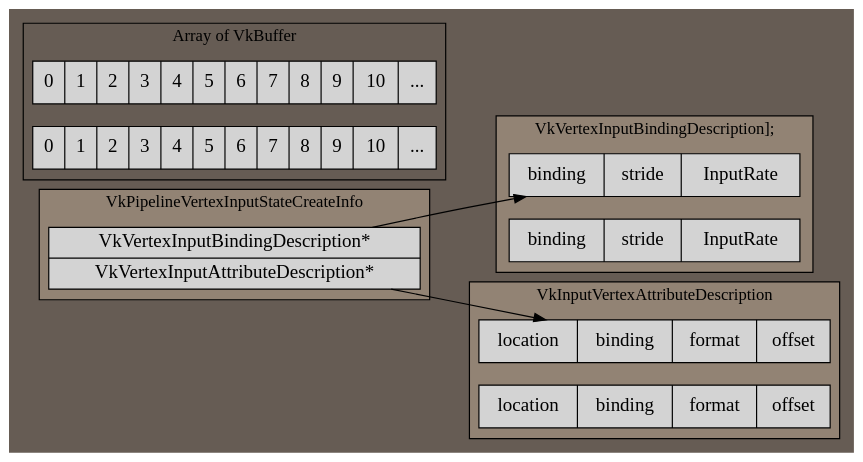
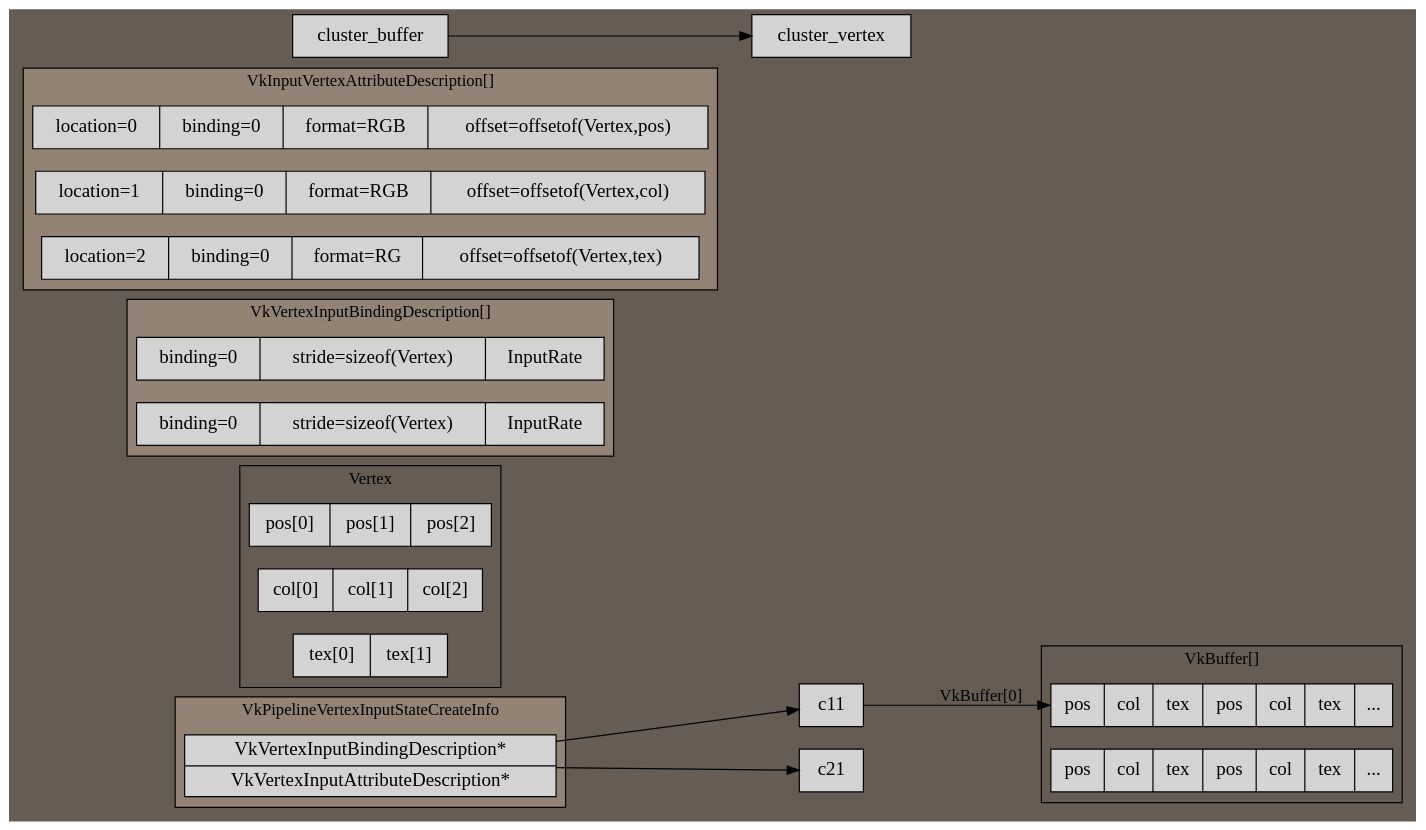
Before and after one commit to yslib/mynotes: the seventh of 7 diagrams in graphics/vulkan/Overview.md, drawn with Graphviz. The commit also changed other lines of this file and 2 other files, not shown here.

````diff
--- a/graphics/vulkan/Overview.md
+++ b/graphics/vulkan/Overview.md
@@ -328,50 +329,64 @@
 ```dot
 digraph g {
-
-rankdir = "LR"
+rankdir=LR
 graph [
-rankdir = "LR"
 bgcolor="#665c54"
 style="filled"
 ];
 node [
+shape="record"
 fontsize = "16"
 style="filled"
 gradientangle=90
 ];
 edge [
 ];
 subgraph cluster0
 {
 label="VkPipelineVertexInputStateCreateInfo"
 bgcolor="#928374"
-"node2" [label=" VkVertexInputBindingDescription* | VkVertexInputAttributeDescription* " shape= "record"];
+"node2" [label= "VkVertexInputBindingDescription* | VkVertexInputAttributeDescription* " shape= "record"];
 }
-subgraph cluster1
+subgraph cluster_vertex{
+  label = "Vertex"
+  "pos"[label="{pos[0] | pos[1] | pos[2]}" ]
+  "col"[label="{col[0] | col[1] | col[2]}" ]
+  "tex"[label="{tex[0] | tex[1]}"]
+  compound=true
+}
+
+subgraph cluster_binding
 {
 bgcolor="#928374"
-label = "VkVertexInputBindingDescription];"
-"c11"[ label = "{<b1>binding| stride | InputRate}" shape = "record"]
-"c12"[ label = "{<b2>binding| stride | InputRate}" shape = "record"]
+label = "VkVertexInputBindingDescription[]"
+"binding0"[ label = "{<b1>binding=0| stride=sizeof(Vertex) | InputRate}"]
+"binding1"[ label = "{<b1>binding=0| stride=sizeof(Vertex) | InputRate}"]
 }
-subgraph cluster2
+subgraph cluster_attr
 {
 bgcolor="#928374"
-"c21"[label="{location | binding | format | offset}" shape="record"]
-"c22"[label="{location | binding | format | offset}" shape="record"]
-label="VkInputVertexAttributeDescription"
+"attr0"[label="{location=0 | binding=0 | format=RGB | offset=offsetof(Vertex,pos)}"]
+"attr1"[label="{location=1 | binding=0 | format=RGB | offset=offsetof(Vertex,col)}"]
+"attr2"[label="{location=2 | binding=0 | format=RG | offset=offsetof(Vertex,tex)}"]
+label="VkInputVertexAttributeDescription[]"
+compound=true
+}
+
+subgraph cluster_buffer
+{
+  label="VkBuffer[]"
+  "buffer0"[label="{<f0> pos|<f1> col|<f2> tex|<f3> pos|<f4> col | <f5> tex | <f6>...}" shape="record"]
+  "buffer1"[label="{<f0> pos|<f1> col|<f2> tex|<f3> pos|<f4> col | <f5> tex | <f6>...}" shape="record"]
+  compound=true
+  lhead="cb"
 }
 
 node2->c11
 node2->c21
-
-subgraph cluster_buffer{
-  label="Array of VkBuffer"
-"buffer0"[label="{<f0> 0|<f1> 1|<f2> 2|<f3> 3 |<f4> 4 | <f5> 5 | <f6> 6 | <f7> 7 | <f8> 8 | <f9> 9 | <f10> 10 | <f11>...}" shape="record"]
-"buffer1"[label="{<f0> 0|<f1> 1|<f2> 2|<f3> 3 |<f4> 4 | <f5> 5 | <f6> 6 | <f7> 7 | <f8> 8 | <f9> 9 | <f10> 10 | <f11>...}" shape="record"]
-}
+"c11":b1->"buffer0":f0[label="VkBuffer[0]"]
+cluster_buffer:cb->cluster_vertex
 
 
 }
 
 ```
````
